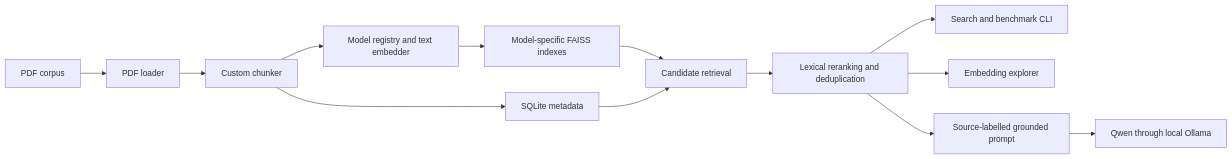
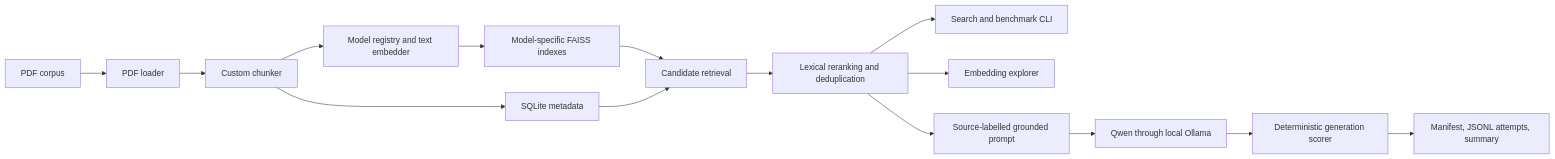
Before and after one commit to TomiHeikkinen96/Embedded-Rag-Evaluation-Platform: the diagram in docs/architecture.md, drawn with Mermaid. The commit also changed other lines of this file and 21 other files, not shown here.

````diff
--- a/docs/architecture.md
+++ b/docs/architecture.md
@@ -15,15 +15,17 @@
 ```mermaid
 flowchart LR
     PDF["PDF corpus"] --> LOADER["PDF loader"]
     LOADER --> CHUNKER["Custom chunker"]
     CHUNKER --> EMBEDDER["Model registry and text embedder"]
     EMBEDDER --> FAISS["Model-specific FAISS indexes"]
     CHUNKER --> DB["SQLite metadata"]
     FAISS --> RETRIEVE["Candidate retrieval"]
     DB --> RETRIEVE
     RETRIEVE --> RERANK["Lexical reranking and deduplication"]
     RERANK --> CLI["Search and benchmark CLI"]
     RERANK --> VIZ["Embedding explorer"]
     RERANK --> GROUNDED["Source-labelled grounded prompt"]
     GROUNDED --> OLLAMA["Qwen through local Ollama"]
+    OLLAMA --> EVAL["Deterministic generation scorer"]
+    EVAL --> ARTIFACTS["Manifest, JSONL attempts, summary"]
 ```
````
